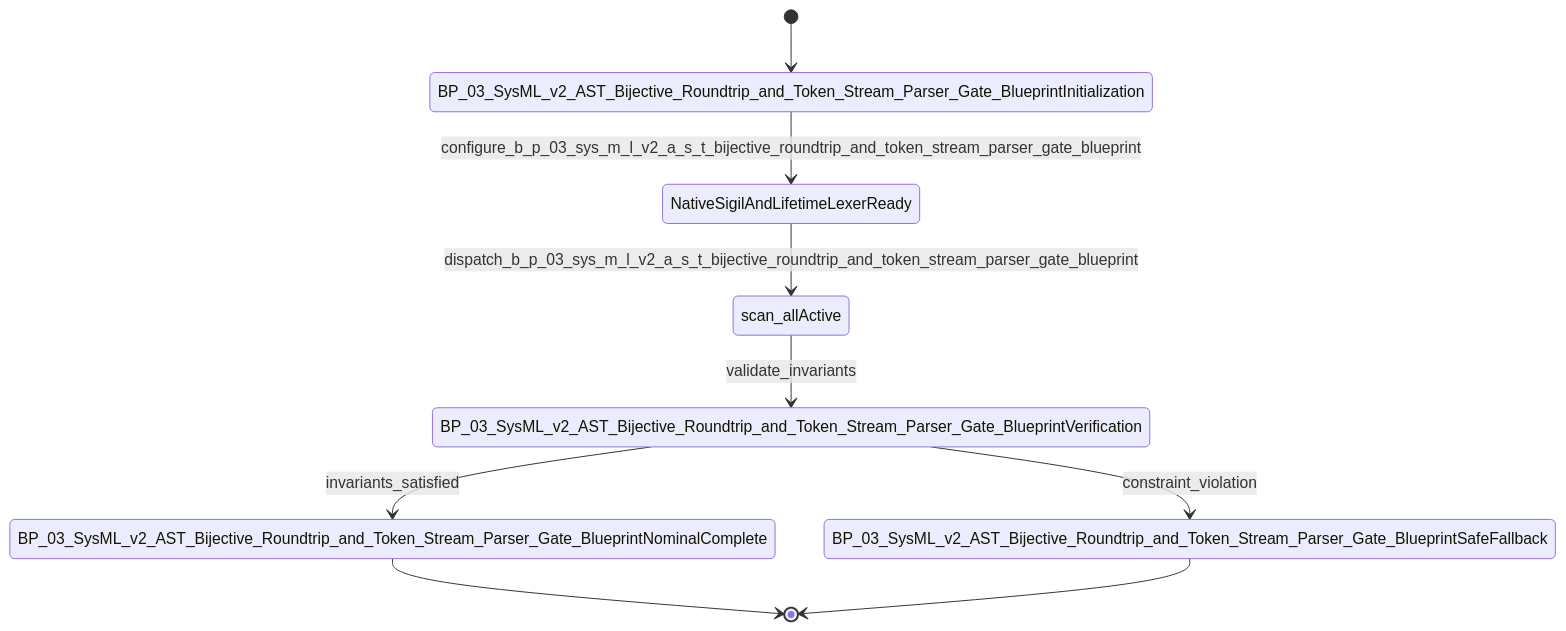
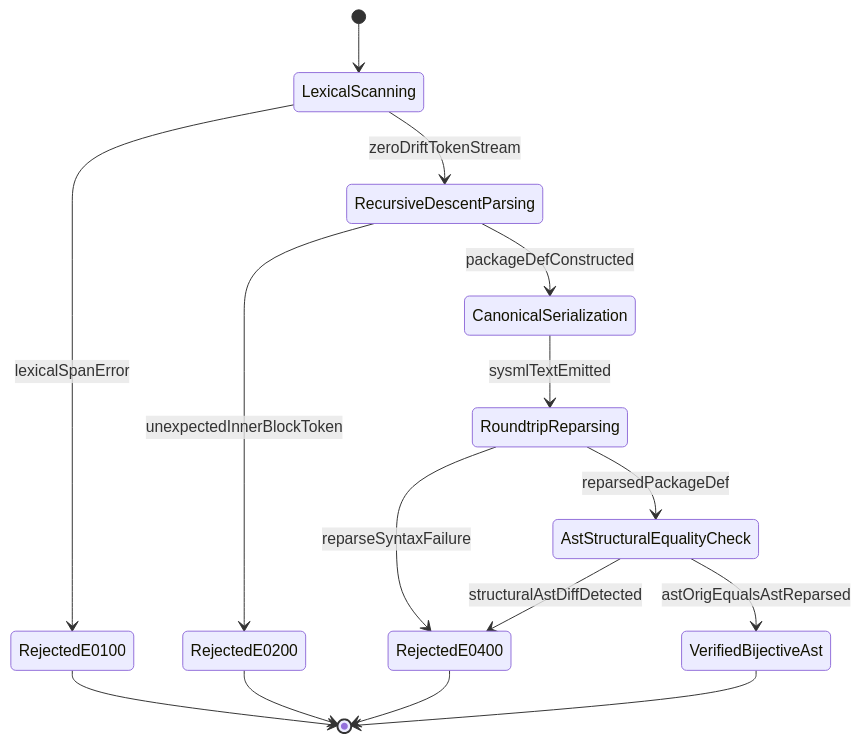
One commit to gintatkinson/DEAP01-spec-core changed the second of 2 diagrams in .pipeline/upstream/docs/epics/EPIC-03-BP_03_SysML_v2_AST_Bijective_Roundtrip_and_Token_Stream_Parser_Gate_Blueprint.md. Above: the diagram before and after it, drawn with Mermaid. The commit also changed other lines of this file and 179 other files, not shown here.

Commit message:
fix(compiler): remediate upstream specification forward projection, diagram synthesis, and GitHub blob URL resolution

````diff
--- a/.pipeline/upstream/docs/epics/EPIC-03-BP_03_SysML_v2_AST_Bijective_Roundtrip_and_Token_Stream_Parser_Gate_Blueprint.md
+++ b/.pipeline/upstream/docs/epics/EPIC-03-BP_03_SysML_v2_AST_Bijective_Roundtrip_and_Token_Stream_Parser_Gate_Blueprint.md
@@ -99,11 +97,17 @@
 ```mermaid
 stateDiagram-v2
-    [*] --> BP_03_SysML_v2_AST_Bijective_Roundtrip_and_Token_Stream_Parser_Gate_BlueprintInitialization
-    BP_03_SysML_v2_AST_Bijective_Roundtrip_and_Token_Stream_Parser_Gate_BlueprintInitialization --> NativeSigilAndLifetimeLexerReady : configure_b_p_03_sys_m_l_v2_a_s_t_bijective_roundtrip_and_token_stream_parser_gate_blueprint
-    NativeSigilAndLifetimeLexerReady --> scan_allActive : dispatch_b_p_03_sys_m_l_v2_a_s_t_bijective_roundtrip_and_token_stream_parser_gate_blueprint
-    scan_allActive --> BP_03_SysML_v2_AST_Bijective_Roundtrip_and_Token_Stream_Parser_Gate_BlueprintVerification : validate_invariants
-    BP_03_SysML_v2_AST_Bijective_Roundtrip_and_Token_Stream_Parser_Gate_BlueprintVerification --> BP_03_SysML_v2_AST_Bijective_Roundtrip_and_Token_Stream_Parser_Gate_BlueprintNominalComplete : invariants_satisfied
-    BP_03_SysML_v2_AST_Bijective_Roundtrip_and_Token_Stream_Parser_Gate_BlueprintVerification --> BP_03_SysML_v2_AST_Bijective_Roundtrip_and_Token_Stream_Parser_Gate_BlueprintSafeFallback : constraint_violation
-    BP_03_SysML_v2_AST_Bijective_Roundtrip_and_Token_Stream_Parser_Gate_BlueprintNominalComplete --> [*]
-    BP_03_SysML_v2_AST_Bijective_Roundtrip_and_Token_Stream_Parser_Gate_BlueprintSafeFallback --> [*]
+    [*] --> LexicalScanning
+    LexicalScanning --> RecursiveDescentParsing : zeroDriftTokenStream
+    LexicalScanning --> RejectedE0100 : lexicalSpanError
+    RecursiveDescentParsing --> CanonicalSerialization : packageDefConstructed
+    RecursiveDescentParsing --> RejectedE0200 : unexpectedInnerBlockToken
+    CanonicalSerialization --> RoundtripReparsing : sysmlTextEmitted
+    RoundtripReparsing --> AstStructuralEqualityCheck : reparsedPackageDef
+    RoundtripReparsing --> RejectedE0400 : reparseSyntaxFailure
+    AstStructuralEqualityCheck --> VerifiedBijectiveAst : astOrigEqualsAstReparsed
+    AstStructuralEqualityCheck --> RejectedE0400 : structuralAstDiffDetected
+    RejectedE0100 --> [*]
+    RejectedE0200 --> [*]
+    RejectedE0400 --> [*]
+    VerifiedBijectiveAst --> [*]
 ```
````
